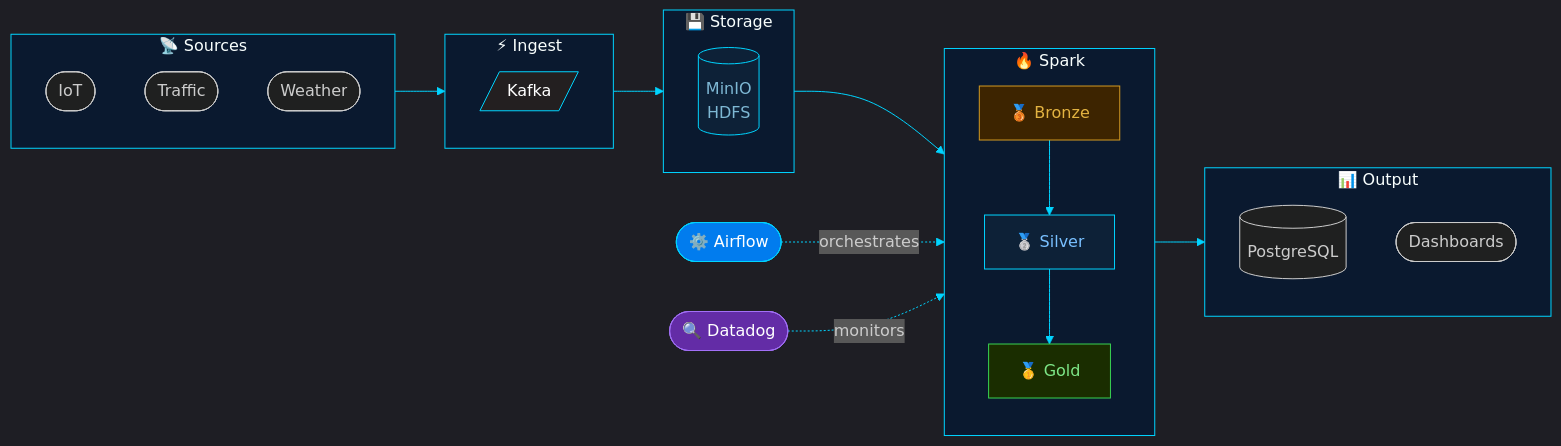
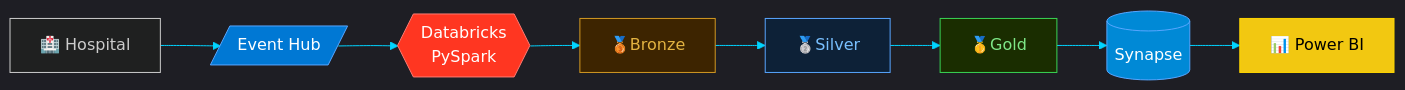
The second of 5 diagrams in README.md (shehab-hub-0/shehab-hub-0), drawn with Mermaid before and after one commit. The commit also changed other lines of this file, not shown here.

````diff
--- a/README.md
+++ b/README.md
@@ -404,37 +217,16 @@
 ```mermaid
-%%{init:{"theme":"dark","themeVariables":{"lineColor":"#00d4ff","clusterBkg":"#0a192f","clusterBorder":"#00d4ff"}}}%%
+%%{init:{"theme":"dark","themeVariables":{"lineColor":"#00d4ff"}}}%%
 flowchart LR
-    subgraph SRC["📡 Sources"]
-        A(["IoT"])
-        B(["Traffic"])
-        C(["Weather"])
-    end
-    subgraph ING["⚡ Ingest"]
-        D[/"Kafka"/]
-    end
-    subgraph STG["💾 Storage"]
-        E[("MinIO\nHDFS")]
-    end
-    subgraph SPARK["🔥 Spark"]
-        F["🥉 Bronze"]
-        G["🥈 Silver"]
-        H["🥇 Gold"]
-        F-->G-->H
-    end
-    subgraph OUT["📊 Output"]
-        I[("PostgreSQL")]
-        J(["Dashboards"])
-    end
+    A["🏥 Hospital"] --> B[/"Event Hub"/]
+    B --> C{{"Databricks\nPySpark"}}
+    C --> D["🥉Bronze"] --> E["🥈Silver"] --> F["🥇Gold"]
+    F --> G[("Synapse")] --> H["📊 Power BI"]
 
-    SRC-->ING-->STG-->SPARK-->OUT
-    K(["⚙️ Airflow"])-.->|orchestrates|SPARK
-    L(["🔍 Datadog"])-.->|monitors|SPARK
-
-    style D fill:#231F20,stroke:#00d4ff,color:#fff
-    style E fill:#0d2137,stroke:#00d4ff,color:#7eb8d4
-    style F fill:#3d2400,stroke:#d29922,color:#e3b341
-    style G fill:#0d2137,stroke:#00d4ff,color:#79c0ff
-    style H fill:#1a2d00,stroke:#39d353,color:#7ee787
-    style K fill:#017CEE,stroke:#00d4ff,color:#fff
-    style L fill:#632CA6,stroke:#a371f7,color:#fff
+    style B fill:#0078D4,stroke:#58a6ff,color:#fff
+    style C fill:#FF3621,stroke:#ff7b72,color:#fff
+    style D fill:#3d2400,stroke:#d29922,color:#e3b341
+    style E fill:#0d2137,stroke:#58a6ff,color:#79c0ff
+    style F fill:#1a2d00,stroke:#39d353,color:#7ee787
+    style G fill:#0089D6,stroke:#58a6ff,color:#fff
+    style H fill:#F2C811,stroke:#ffd700,color:#000
 ```
````
